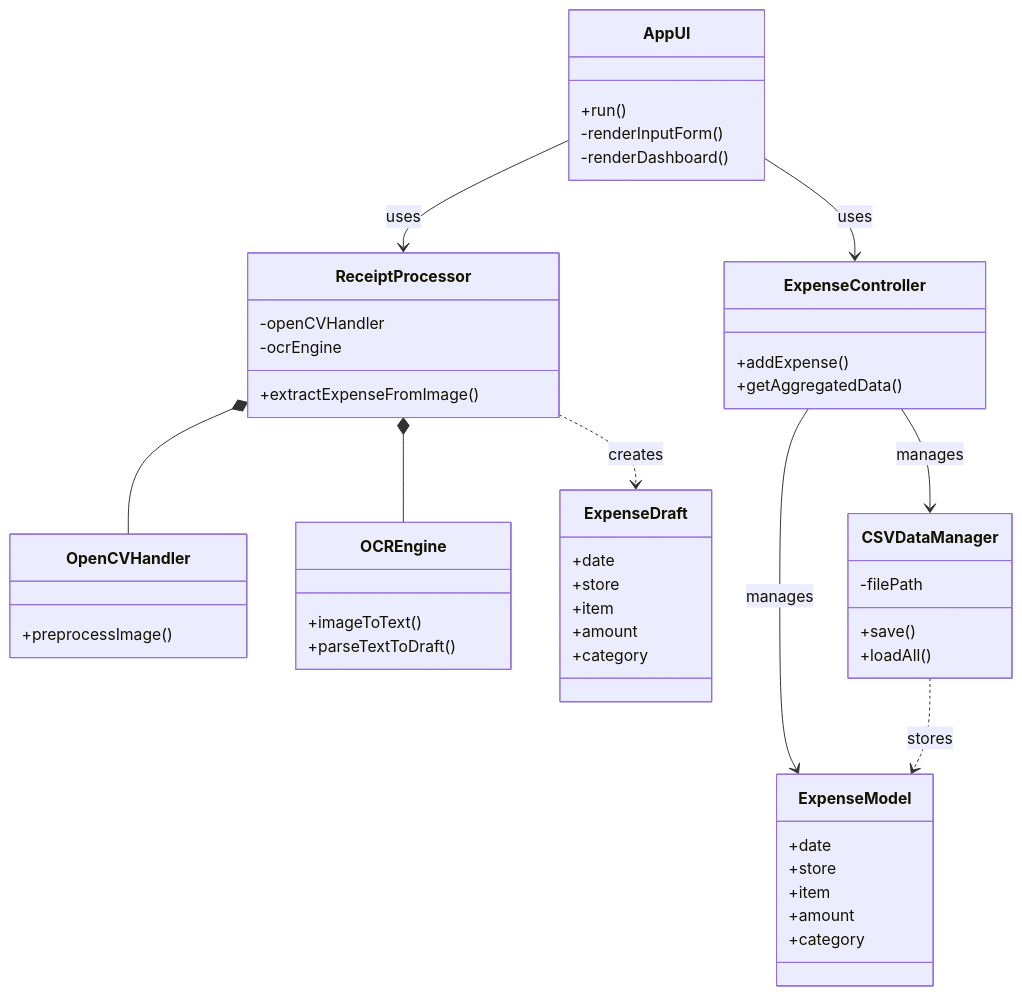
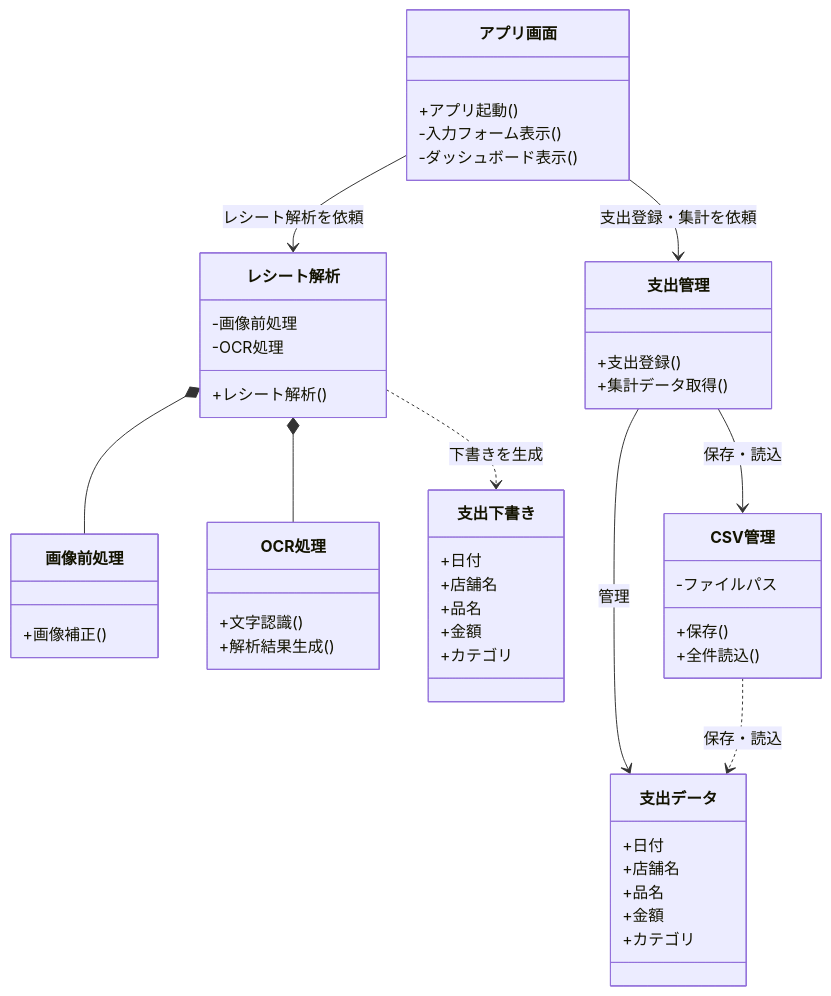
Before and after one commit to userT-2213/receipt_checker: the second of 4 diagrams in README.md, drawn with Mermaid. The commit also changed other lines of this file, not shown here.

````diff
--- a/README.md
+++ b/README.md
@@ -104,63 +104,63 @@
 ```mermaid
 classDiagram
 
-class AppUI {
-    +run()
-    -renderInputForm()
-    -renderDashboard()
+class アプリ画面 {
+    +アプリ起動()
+    -入力フォーム表示()
+    -ダッシュボード表示()
 }
 
-class ExpenseController {
-    +addExpense()
-    +getAggregatedData()
+class 支出管理 {
+    +支出登録()
+    +集計データ取得()
 }
 
-class ReceiptProcessor {
-    -openCVHandler
-    -ocrEngine
-    +extractExpenseFromImage()
+class レシート解析 {
+    -画像前処理
+    -OCR処理
+    +レシート解析()
 }
 
-class OpenCVHandler {
-    +preprocessImage()
+class 画像前処理 {
+    +画像補正()
 }
 
-class OCREngine {
-    +imageToText()
-    +parseTextToDraft()
+class OCR処理 {
+    +文字認識()
+    +解析結果生成()
 }
 
-class ExpenseDraft {
-    +date
-    +store
-    +item
-    +amount
-    +category
+class 支出下書き {
+    +日付
+    +店舗名
+    +品名
+    +金額
+    +カテゴリ
 }
 
-class ExpenseModel {
-    +date
-    +store
-    +item
-    +amount
-    +category
+class 支出データ {
+    +日付
+    +店舗名
+    +品名
+    +金額
+    +カテゴリ
 }
 
-class CSVDataManager {
-    -filePath
-    +save()
-    +loadAll()
+class CSV管理 {
+    -ファイルパス
+    +保存()
+    +全件読込()
 }
 
-AppUI --> ExpenseController : uses
-AppUI --> ReceiptProcessor : uses
+アプリ画面 --> 支出管理 : 支出登録・集計を依頼
+アプリ画面 --> レシート解析 : レシート解析を依頼
 
-ExpenseController --> CSVDataManager : manages
-ExpenseController --> ExpenseModel : manages
+支出管理 --> CSV管理 : 保存・読込
+支出管理 --> 支出データ : 管理
 
-ReceiptProcessor *-- OpenCVHandler
-ReceiptProcessor *-- OCREngine
+レシート解析 *-- 画像前処理
+レシート解析 *-- OCR処理
 
-ReceiptProcessor ..> ExpenseDraft : creates
-CSVDataManager ..> ExpenseModel : stores
+レシート解析 ..> 支出下書き : 下書きを生成
+CSV管理 ..> 支出データ : 保存・読込
 ```
````
